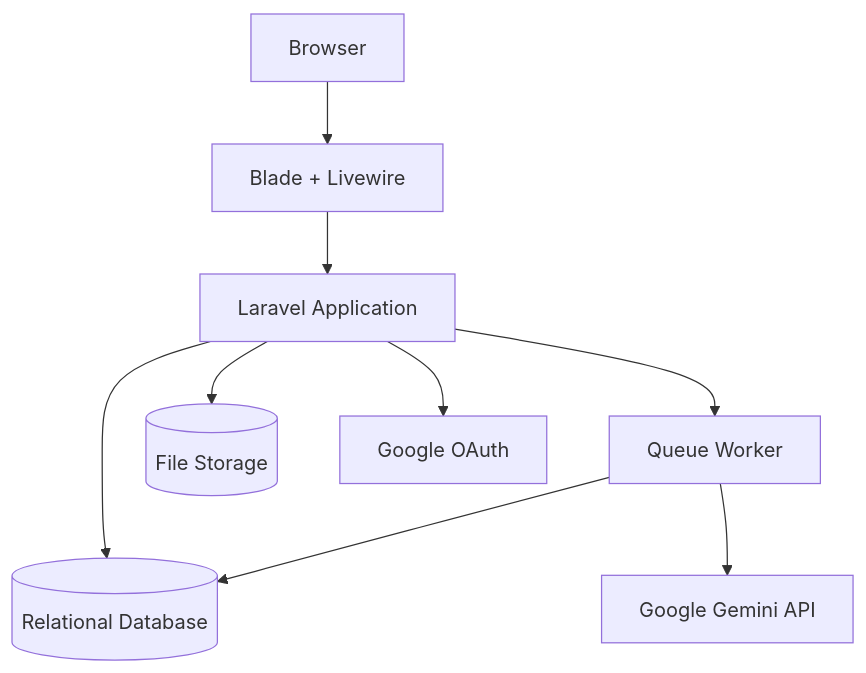
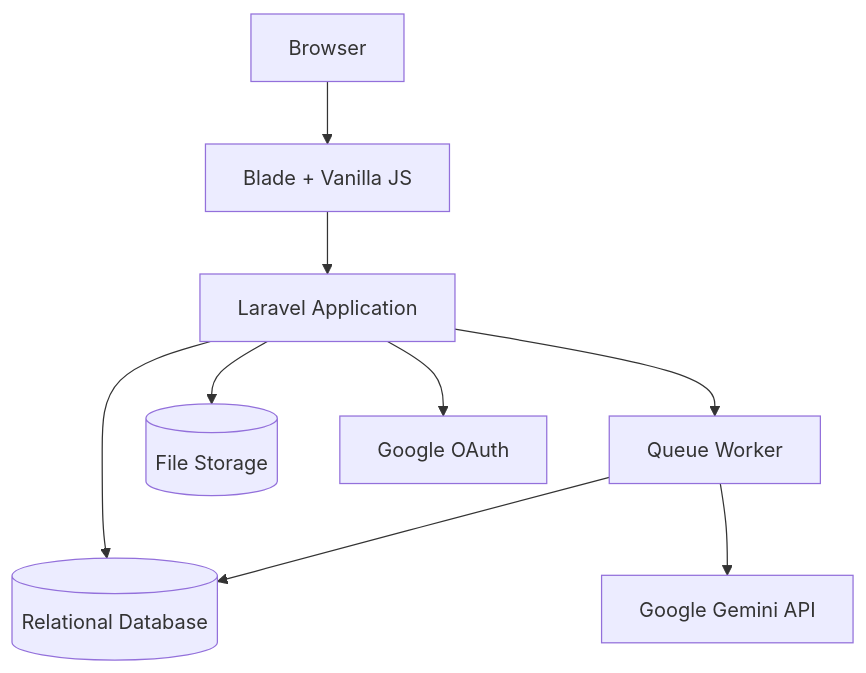
Before and after one commit to 1aghismuhammad/Quiestion-Bank-: the first of 2 diagrams in docs/design/DESIGN.md, drawn with Mermaid. The commit also changed other lines of this file and 9 other files, not shown here.

````diff
--- a/docs/design/DESIGN.md
+++ b/docs/design/DESIGN.md
@@ -15,20 +15,20 @@
 ```mermaid
 flowchart TB
     Browser[Browser]
-    UI[Blade + Livewire]
+    UI[Blade + Vanilla JS]
     App[Laravel Application]
     Queue[Queue Worker]
     DB[(Relational Database)]
     Storage[(File Storage)]
     Google[Google OAuth]
     Gemini[Google Gemini API]
 
     Browser --> UI
     UI --> App
     App --> Google
     App --> DB
     App --> Storage
     App --> Queue
     Queue --> Gemini
     Queue --> DB
 ```
````
